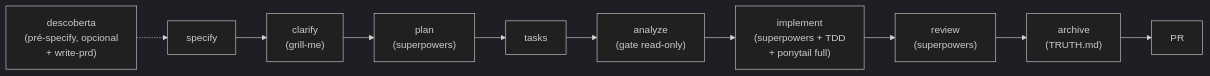
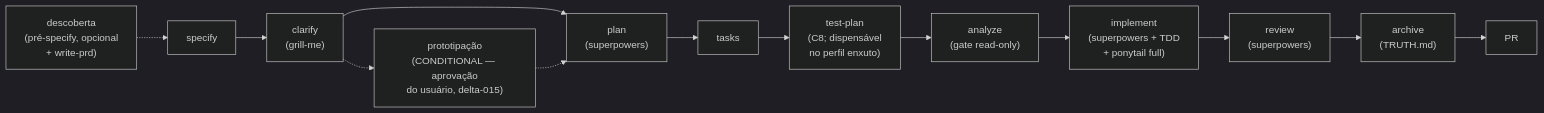
One commit to iuripereira/deltaspec changed the second of 2 diagrams in README.md. Above: the diagram before and after it, drawn with Mermaid (dark theme). The commit also changed other lines of this file and 13 other files, not shown here.

First line of the commit message:
feat(015-fluxo): fluxo completo — perfil adaptativo, prototipação, test-plan (C8) e tipo bugfix (#58)

````diff
--- a/README.md
+++ b/README.md
@@ -22,12 +22,14 @@
 ```mermaid
 flowchart LR
     descoberta["descoberta<br>(pré-specify, opcional<br>+ write-prd)"] -.-> specify
     specify --> clarify["clarify<br>(grill-me)"]
     clarify --> plan["plan<br>(superpowers)"]
+    clarify -.-> prototipo["prototipação<br>(CONDITIONAL — aprovação<br>do usuário, delta-015)"] -.-> plan
     plan --> tasks
-    tasks --> analyze["analyze<br>(gate read-only)"]
+    tasks --> testplan["test-plan<br>(C8; dispensável<br>no perfil enxuto)"]
+    testplan --> analyze["analyze<br>(gate read-only)"]
     analyze --> implement["implement<br>(superpowers + TDD<br>+ ponytail full)"]
     implement --> review["review<br>(superpowers)"]
     review --> archive["archive<br>(TRUTH.md)"]
     archive --> PR
 ```
````
